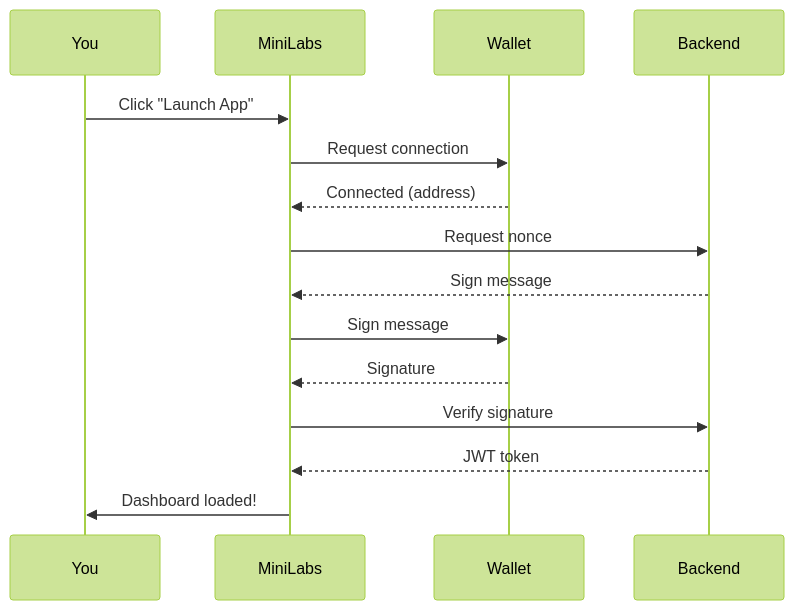
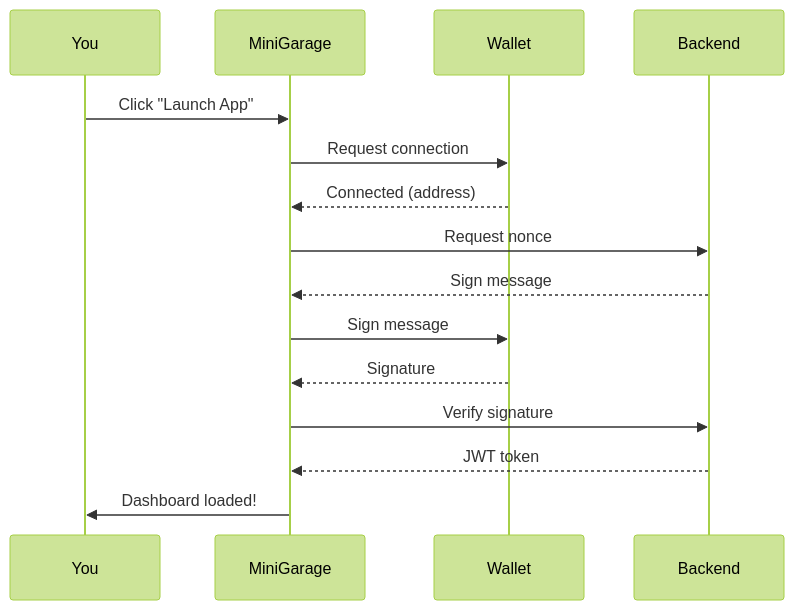
The diagram in docs/how-it-works/getting-started.md (MiniLabsTeam/frontend), drawn with Mermaid (forest theme) before and after one commit. The commit also changed other lines of this file and 21 other files, not shown here.

Commit message:
fix: Update MiniGarage in docs

````diff
--- a/docs/how-it-works/getting-started.md
+++ b/docs/how-it-works/getting-started.md
@@ -24,18 +24,18 @@
 ```mermaid
 sequenceDiagram
     participant You
-    participant MiniLabs
+    participant MiniGarage
     participant Wallet
     participant Backend
 
-    You->>MiniLabs: Click "Launch App"
-    MiniLabs->>Wallet: Request connection
-    Wallet-->>MiniLabs: Connected (address)
-    MiniLabs->>Backend: Request nonce
-    Backend-->>MiniLabs: Sign message
-    MiniLabs->>Wallet: Sign message
-    Wallet-->>MiniLabs: Signature
-    MiniLabs->>Backend: Verify signature
-    Backend-->>MiniLabs: JWT token
-    MiniLabs->>You: Dashboard loaded!
+    You->>MiniGarage: Click "Launch App"
+    MiniGarage->>Wallet: Request connection
+    Wallet-->>MiniGarage: Connected (address)
+    MiniGarage->>Backend: Request nonce
+    Backend-->>MiniGarage: Sign message
+    MiniGarage->>Wallet: Sign message
+    Wallet-->>MiniGarage: Signature
+    MiniGarage->>Backend: Verify signature
+    Backend-->>MiniGarage: JWT token
+    MiniGarage->>You: Dashboard loaded!
 ```
````
